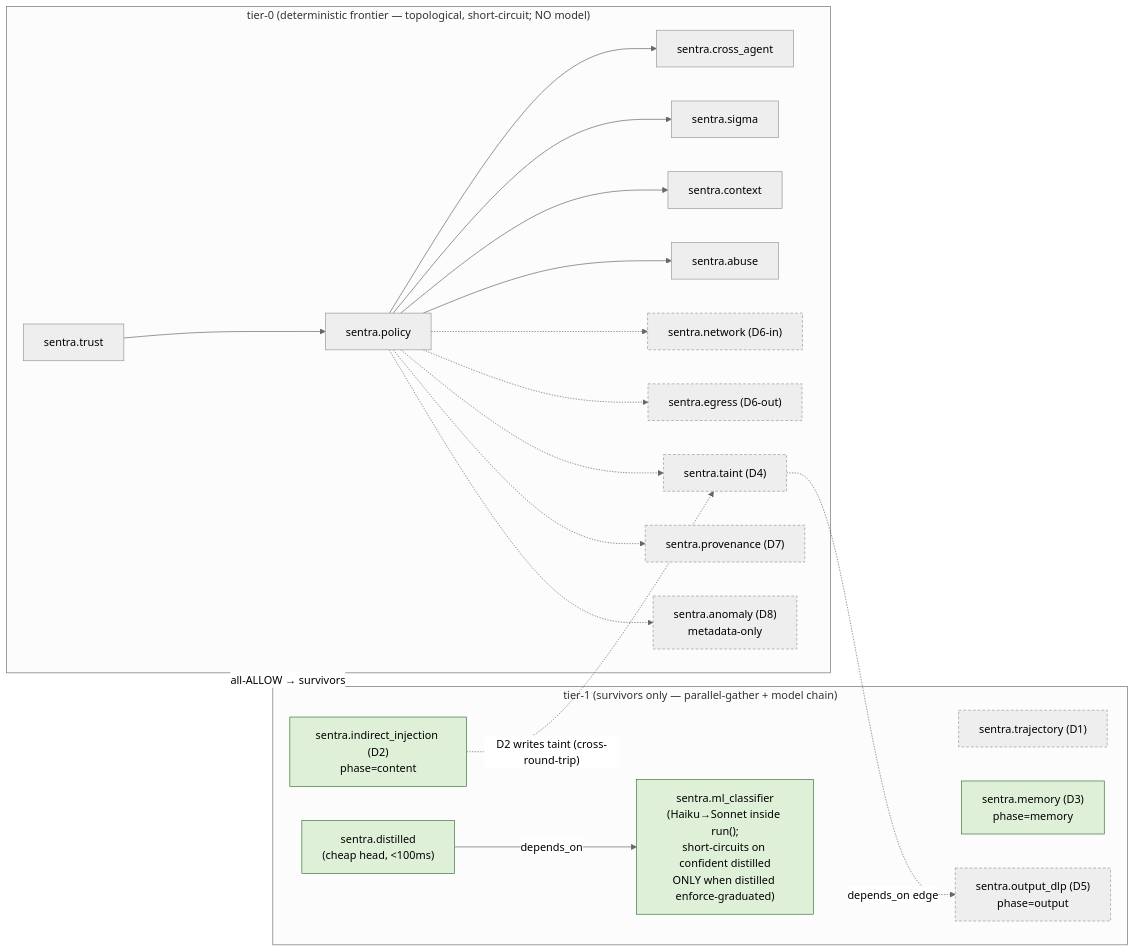
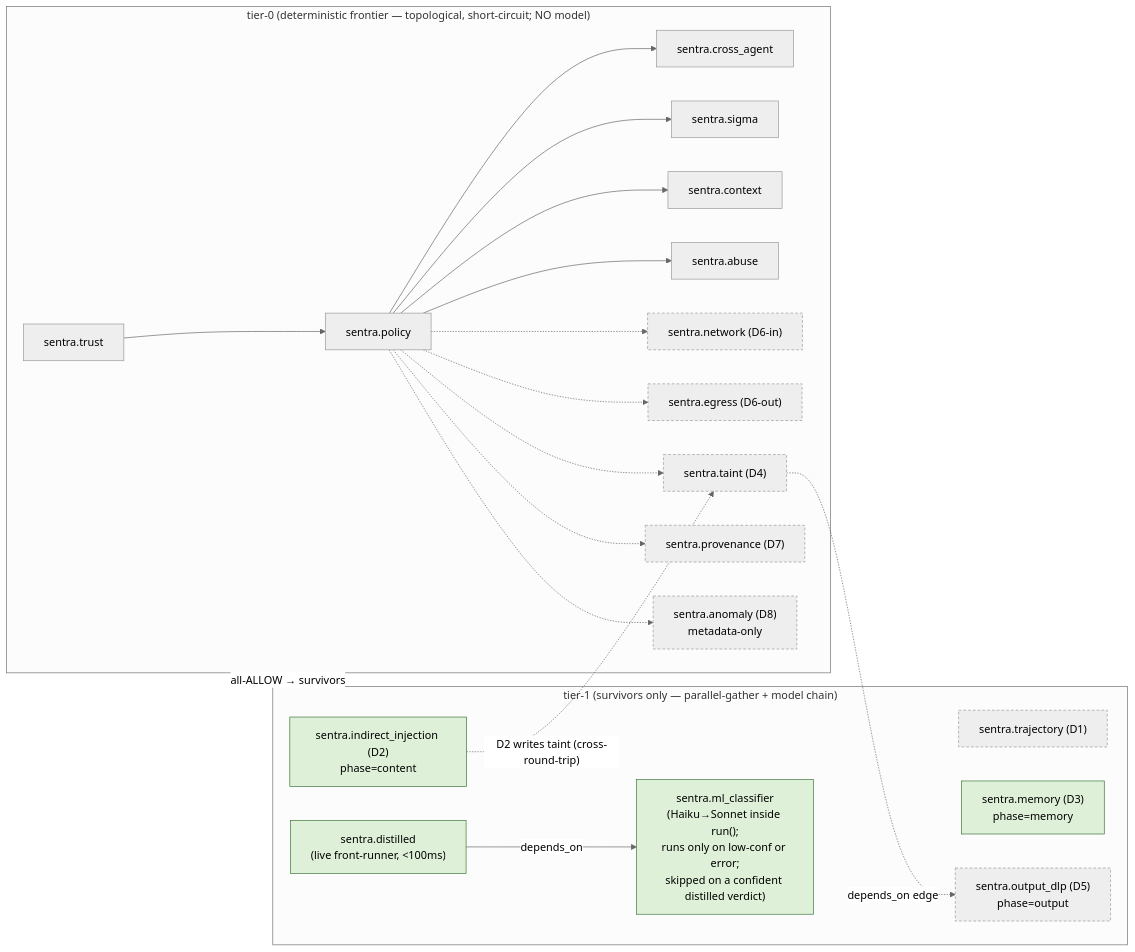
One commit to shashank31mar/Sentra changed the second of 4 diagrams in lld/32-detection-depth.md. Above: the diagram before and after it, drawn with Mermaid (neutral theme). The commit also changed other lines of this file and 1 other file, not shown here.

````diff
--- a/lld/32-detection-depth.md
+++ b/lld/32-detection-depth.md
@@ -249,29 +274,29 @@
 ```mermaid
 flowchart LR
   subgraph TIER0["tier-0 (deterministic frontier — topological, short-circuit; NO model)"]
     TRUST["sentra.trust"] --> POLICY["sentra.policy"]
     POLICY --> CROSS["sentra.cross_agent"]
     POLICY --> SIGMA["sentra.sigma"]
     POLICY --> CTX["sentra.context"]
     POLICY --> ABUSE["sentra.abuse"]
     POLICY -.-> NET["sentra.network (D6-in)"]
     POLICY -.-> EGRESS["sentra.egress (D6-out)"]
     POLICY -.-> TAINT["sentra.taint (D4)"]
     POLICY -.-> PROV["sentra.provenance (D7)"]
     POLICY -.-> ANOM["sentra.anomaly (D8)<br/>metadata-only"]
   end
   subgraph TIER1["tier-1 (survivors only — parallel-gather + model chain)"]
-    DISTILL["sentra.distilled<br/>(cheap head, &lt;100ms)"] -->|"depends_on"| ML["sentra.ml_classifier<br/>(Haiku→Sonnet inside run();<br/>short-circuits on confident distilled<br/>ONLY when distilled enforce-graduated)"]
+    DISTILL["sentra.distilled<br/>(live front-runner, &lt;100ms)"] -->|"depends_on"| ML["sentra.ml_classifier<br/>(Haiku→Sonnet inside run();<br/>runs only on low-conf or error;<br/>skipped on a confident distilled verdict)"]
     TRAJ["sentra.trajectory (D1)"]
     IND["sentra.indirect_injection (D2)<br/>phase=content"]
     MEM["sentra.memory (D3)<br/>phase=memory"]
     DLP["sentra.output_dlp (D5)<br/>phase=output"]
   end
   TIER0 -->|"all-ALLOW → survivors"| TIER1
   IND -.->|"D2 writes taint (cross-round-trip)"| TAINT
   TAINT -.->|"depends_on edge"| DLP
   classDef later fill:#eee,stroke:#999,stroke-dasharray:4 3;
   classDef core fill:#dff0d8,stroke:#3c763d;
   class NET,EGRESS,TAINT,PROV,ANOM,TRAJ,DLP later;
   class IND,MEM,DISTILL,ML core;
 ```
````
